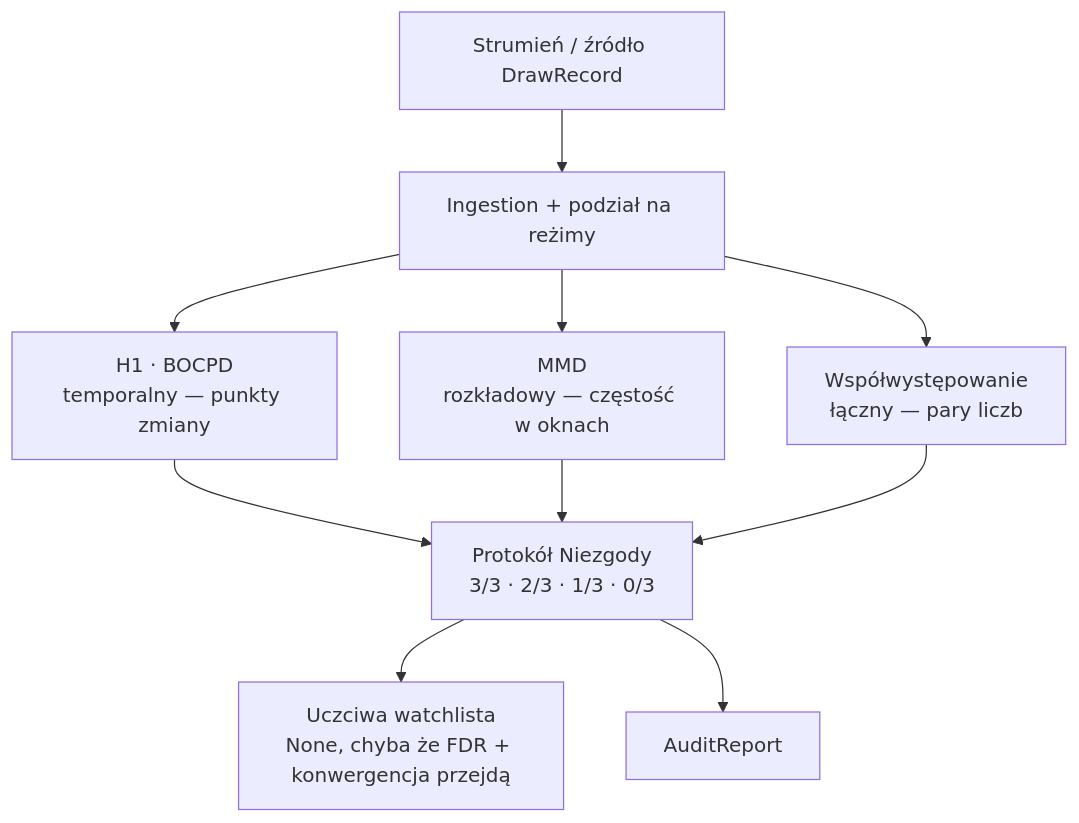
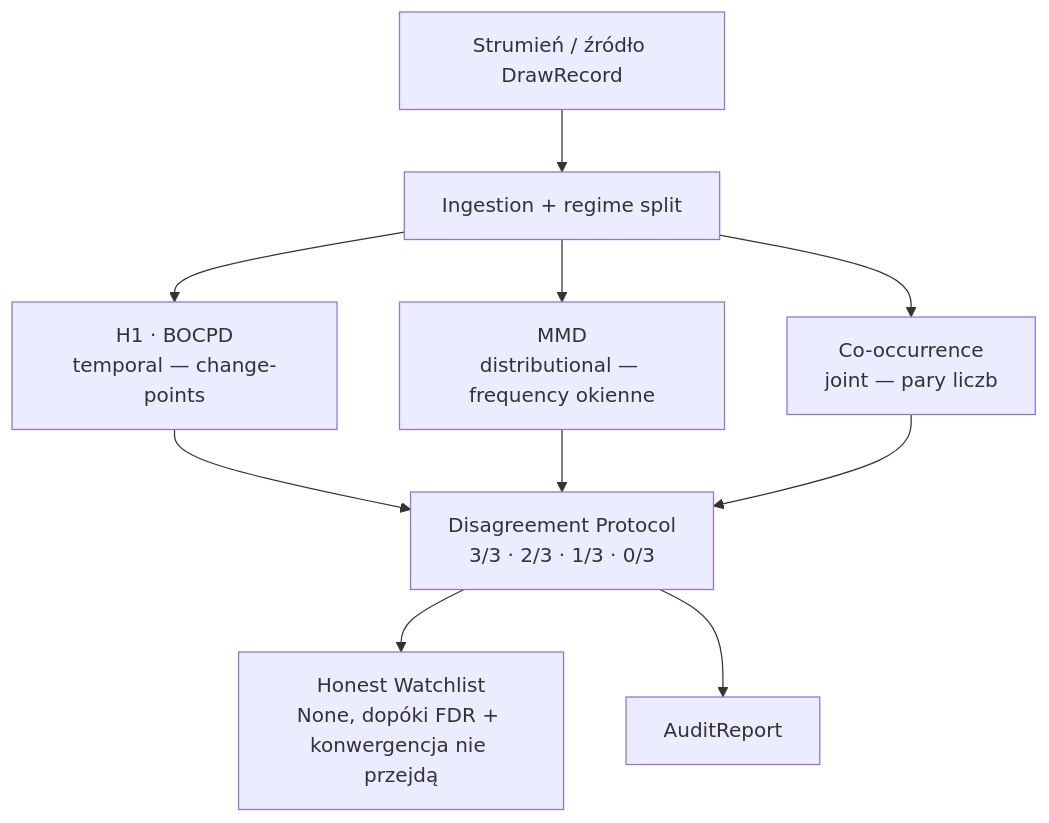
One commit to Piotr1686/DriftScope changed the first of 2 diagrams in README.pl.md. Above: the diagram before and after it, drawn with Mermaid. The commit also changed other lines of this file and 1 other file, not shown here.

````diff
--- a/README.pl.md
+++ b/README.pl.md
@@ -118,12 +165,12 @@
 ```mermaid
 flowchart TD
-    S[Strumień / źródło DrawRecord] --> ING[Ingestion + podział na reżimy]
-    ING --> P1[H1 · BOCPD<br/>temporalny — punkty zmiany]
-    ING --> P2[MMD<br/>rozkładowy — częstość w oknach]
-    ING --> P3[Współwystępowanie<br/>łączny — pary liczb]
-    P1 --> DP[Protokół Niezgody<br/>3/3 · 2/3 · 1/3 · 0/3]
+    S[Strumień / źródło DrawRecord] --> ING[Ingestion + regime split]
+    ING --> P1[H1 · BOCPD<br/>temporal — change-points]
+    ING --> P2[MMD<br/>distributional — frequency okienne]
+    ING --> P3[Co-occurrence<br/>joint — pary liczb]
+    P1 --> DP[Disagreement Protocol<br/>3/3 · 2/3 · 1/3 · 0/3]
     P2 --> DP
     P3 --> DP
-    DP --> WL[Uczciwa watchlista<br/>None, chyba że FDR + konwergencja przejdą]
+    DP --> WL[Honest Watchlist<br/>None, dopóki FDR + konwergencja nie przejdą]
     DP --> R[AuditReport]
 ```
````
